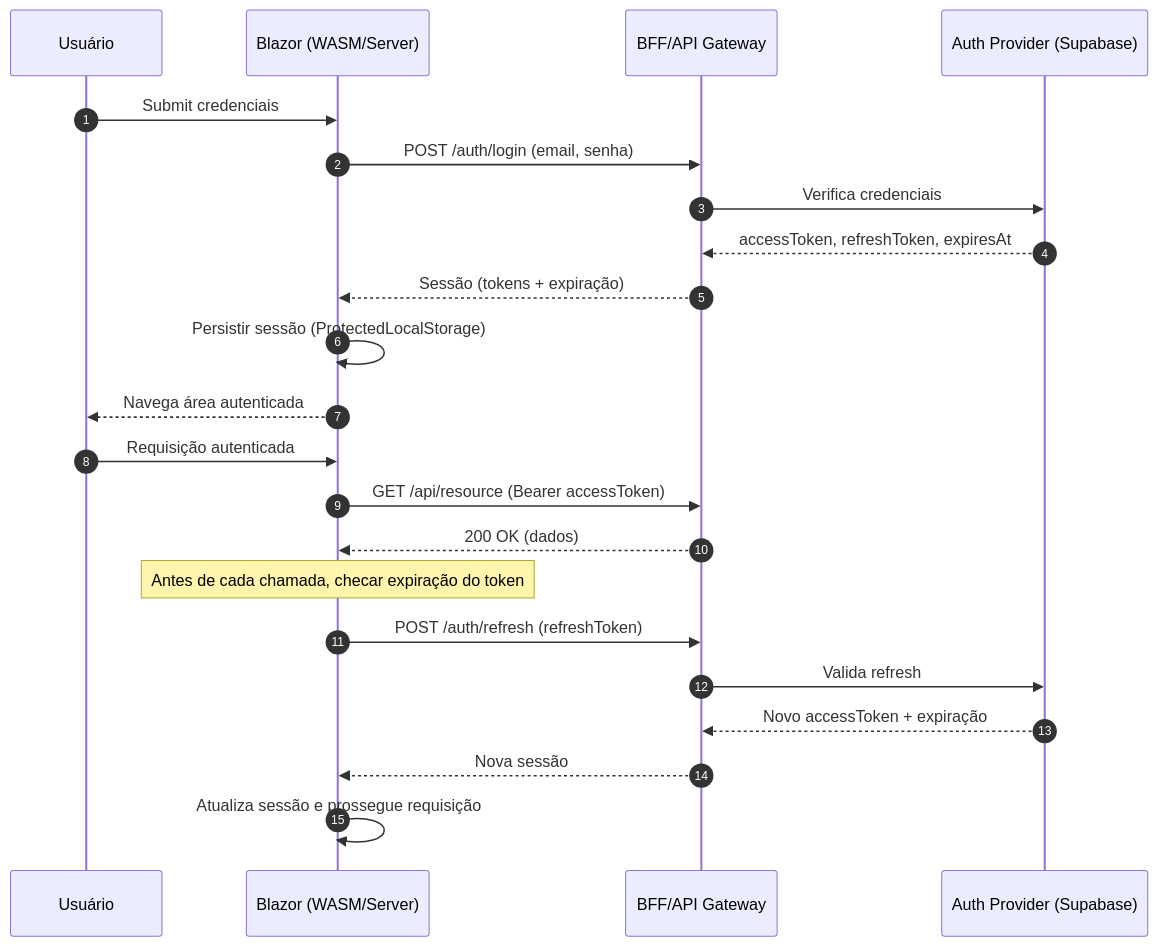
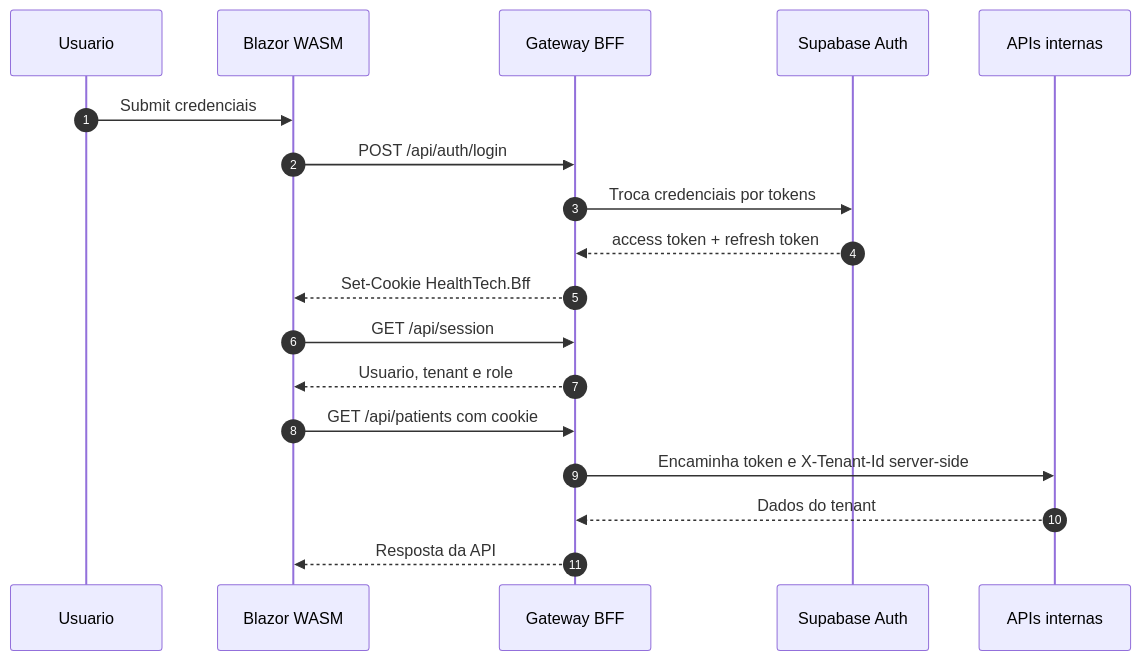
Before and after one commit to coutinhogui/HealthTech: the fifth of 5 diagrams in README.md, drawn with Mermaid. The commit also changed other lines of this file and 80 other files, not shown here.

````diff
--- a/README.md
+++ b/README.md
@@ -445,27 +348,21 @@
 ```mermaid
 sequenceDiagram
   autonumber
-  participant U as Usuário
-  participant B as Blazor (WASM/Server)
-  participant G as BFF/API Gateway
-  participant A as Auth Provider (Supabase)
+  participant U as Usuario
+  participant B as Blazor WASM
+  participant G as Gateway BFF
+  participant A as Supabase Auth
+  participant S as APIs internas
 
   U->>B: Submit credenciais
-  B->>G: POST /auth/login (email, senha)
-  G->>A: Verifica credenciais
-  A-->>G: accessToken, refreshToken, expiresAt
-  G-->>B: Sessão (tokens + expiração)
-  B->>B: Persistir sessão (ProtectedLocalStorage)
-  B-->>U: Navega área autenticada
-
-  U->>B: Requisição autenticada
-  B->>G: GET /api/resource (Bearer accessToken)
-  G-->>B: 200 OK (dados)
-
-  Note over B: Antes de cada chamada, checar expiração do token
-  B->>G: POST /auth/refresh (refreshToken)
-  G->>A: Valida refresh
-  A-->>G: Novo accessToken + expiração
-  G-->>B: Nova sessão
-  B->>B: Atualiza sessão e prossegue requisição
+  B->>G: POST /api/auth/login
+  G->>A: Troca credenciais por tokens
+  A-->>G: access token + refresh token
+  G-->>B: Set-Cookie HealthTech.Bff
+  B->>G: GET /api/session
+  G-->>B: Usuario, tenant e role
+  B->>G: GET /api/patients com cookie
+  G->>S: Encaminha token e X-Tenant-Id server-side
+  S-->>G: Dados do tenant
+  G-->>B: Resposta da API
 ```
````
